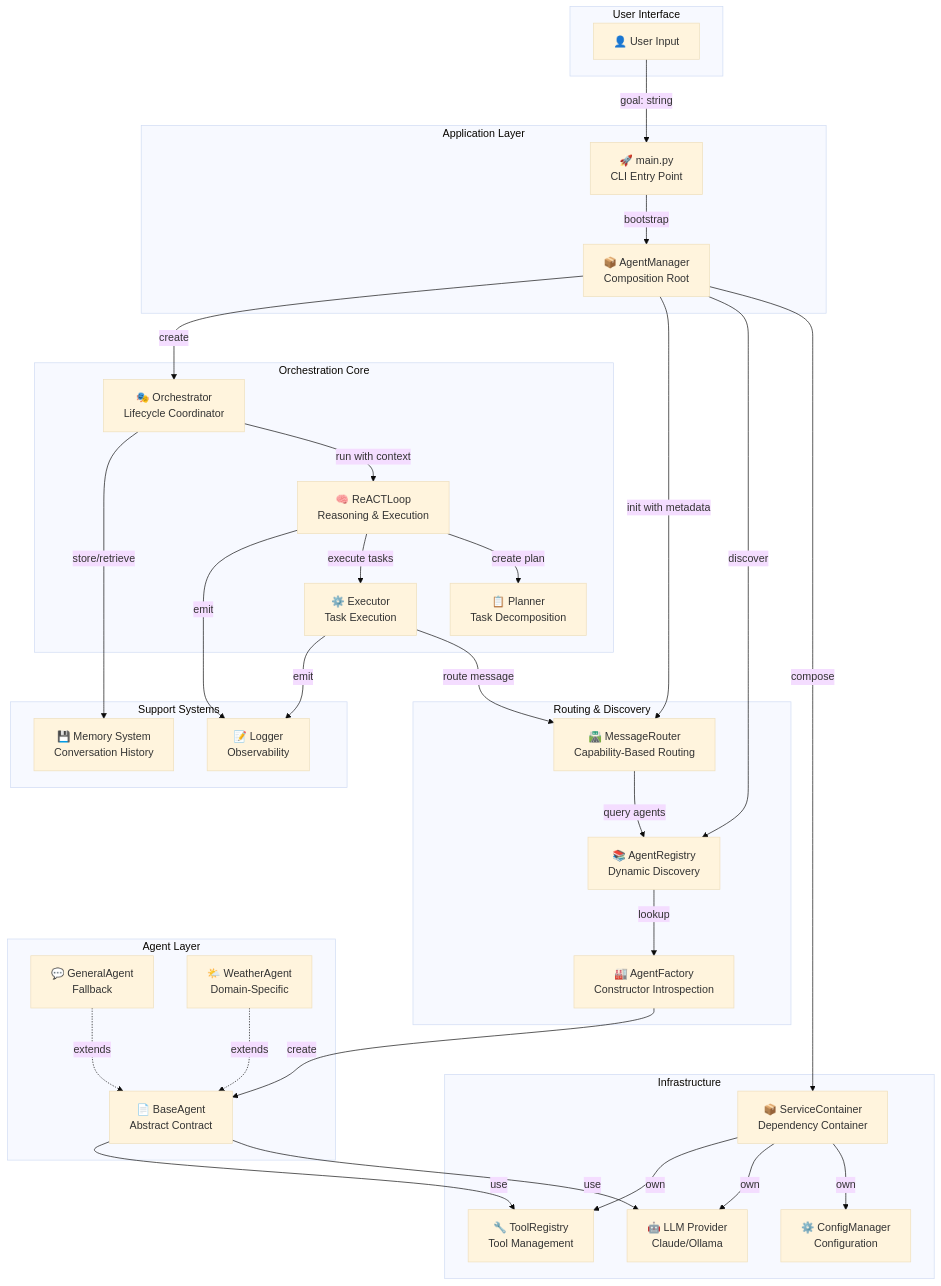
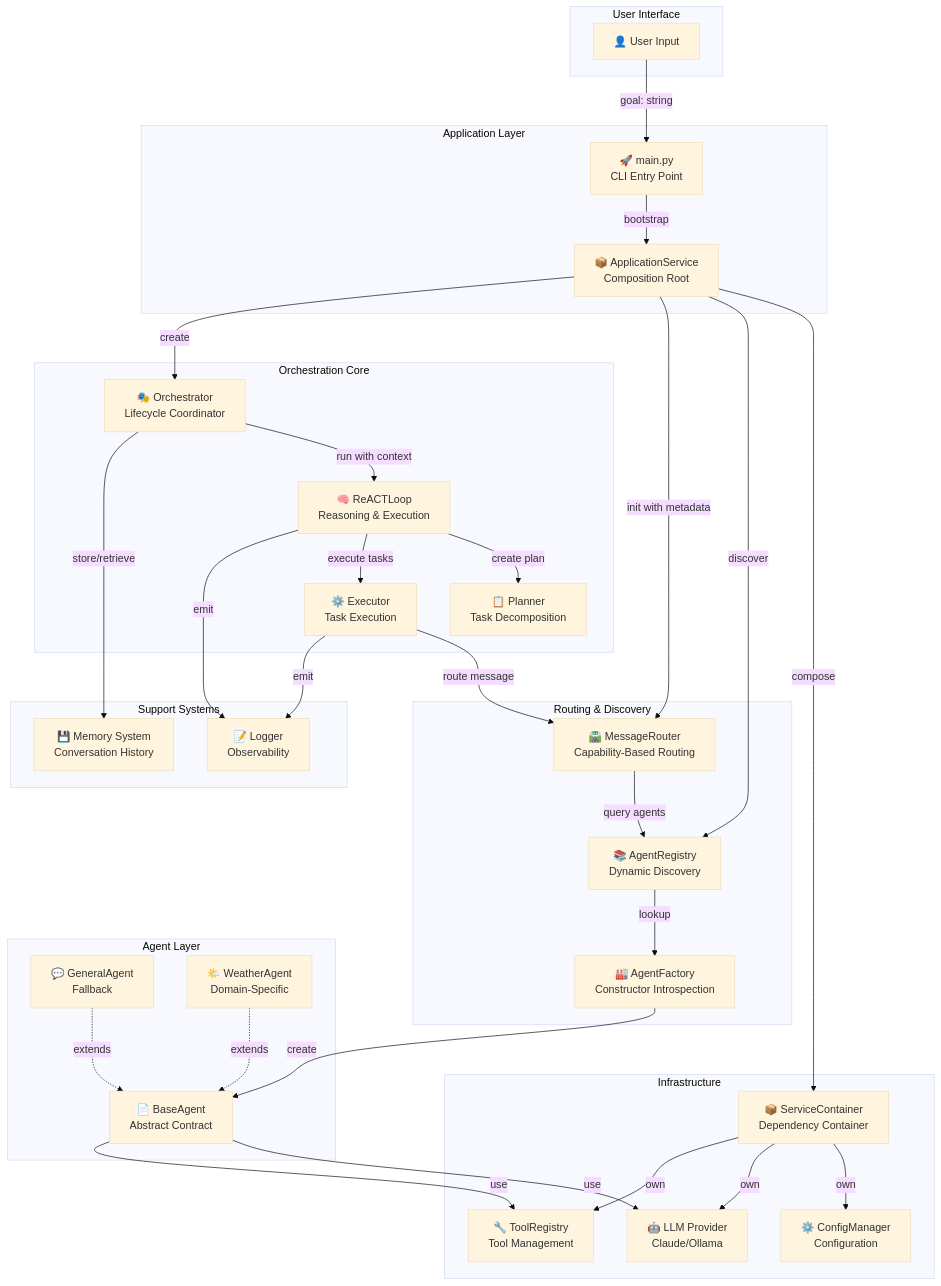
Before and after one commit to janani-h-kumar/em-ai-labs: the first of 6 diagrams in docs/ARCHITECTURE-DIAGRAMS.md, drawn with Mermaid (base theme). The commit also changed other lines of this file and 21 other files, not shown here.

````diff
--- a/docs/ARCHITECTURE-DIAGRAMS.md
+++ b/docs/ARCHITECTURE-DIAGRAMS.md
@@ -5,71 +5,71 @@
 ```mermaid
 graph TB
     subgraph "User Interface"
         User["👤 User Input"]
     end
 
     subgraph "Application Layer"
         Main["🚀 main.py<br/>CLI Entry Point"]
-        Manager["📦 AgentManager<br/>Composition Root"]
+        Manager["📦 ApplicationService<br/>Composition Root"]
     end
 
     subgraph "Orchestration Core"
         Orchestrator["🎭 Orchestrator<br/>Lifecycle Coordinator"]
         ReACT["🧠 ReACTLoop<br/>Reasoning & Execution"]
         Planner["📋 Planner<br/>Task Decomposition"]
         Executor["⚙️ Executor<br/>Task Execution"]
     end
 
     subgraph "Routing & Discovery"
         Router["🛣️ MessageRouter<br/>Capability-Based Routing"]
         Registry["📚 AgentRegistry<br/>Dynamic Discovery"]
         Factory["🏭 AgentFactory<br/>Constructor Introspection"]
     end
 
     subgraph "Agent Layer"
         BaseAgent["📄 BaseAgent<br/>Abstract Contract"]
         GeneralAgent["💬 GeneralAgent<br/>Fallback"]
         WeatherAgent["🌤️ WeatherAgent<br/>Domain-Specific"]
     end
 
     subgraph "Infrastructure"
         Container["📦 ServiceContainer<br/>Dependency Container"]
         Config["⚙️ ConfigManager<br/>Configuration"]
         Provider["🤖 LLM Provider<br/>Claude/Ollama"]
         ToolRegistry["🔧 ToolRegistry<br/>Tool Management"]
     end
 
     subgraph "Support Systems"
         Memory["💾 Memory System<br/>Conversation History"]
         Logger["📝 Logger<br/>Observability"]
     end
 
     User -->|"goal: string"| Main
     Main -->|"bootstrap"| Manager
     Manager -->|"compose"| Container
     Manager -->|"discover"| Registry
     Manager -->|"init with metadata"| Router
     Manager -->|"create"| Orchestrator
 
     Orchestrator -->|"run with context"| ReACT
     ReACT -->|"create plan"| Planner
     ReACT -->|"execute tasks"| Executor
 
     Executor -->|"route message"| Router
     Router -->|"query agents"| Registry
     Registry -->|"lookup"| Factory
     Factory -->|"create"| BaseAgent
 
     BaseAgent -->|"use"| Provider
     BaseAgent -->|"use"| ToolRegistry
     Container -->|"own"| Config
     Container -->|"own"| Provider
     Container -->|"own"| ToolRegistry
 
     Orchestrator -->|"store/retrieve"| Memory
     ReACT -->|"emit"| Logger
     Executor -->|"emit"| Logger
 
     WeatherAgent -.->|"extends"| BaseAgent
     GeneralAgent -.->|"extends"| BaseAgent
 ```
````
